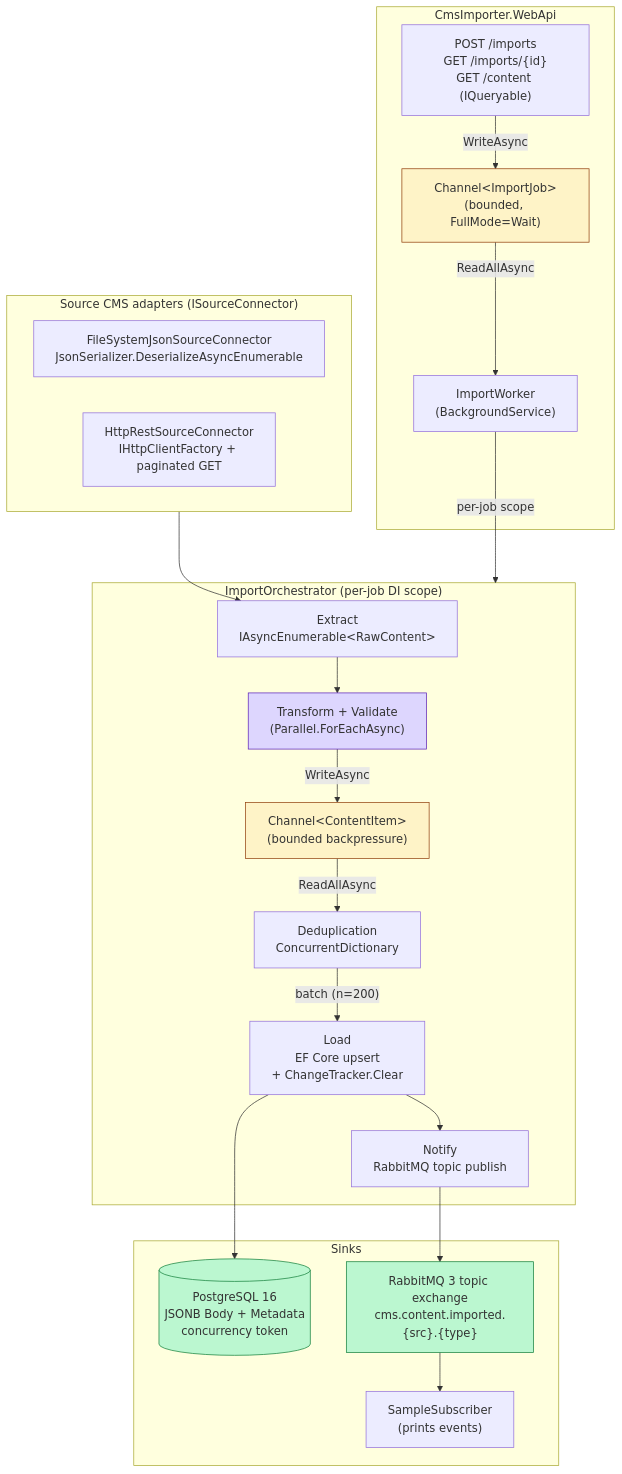
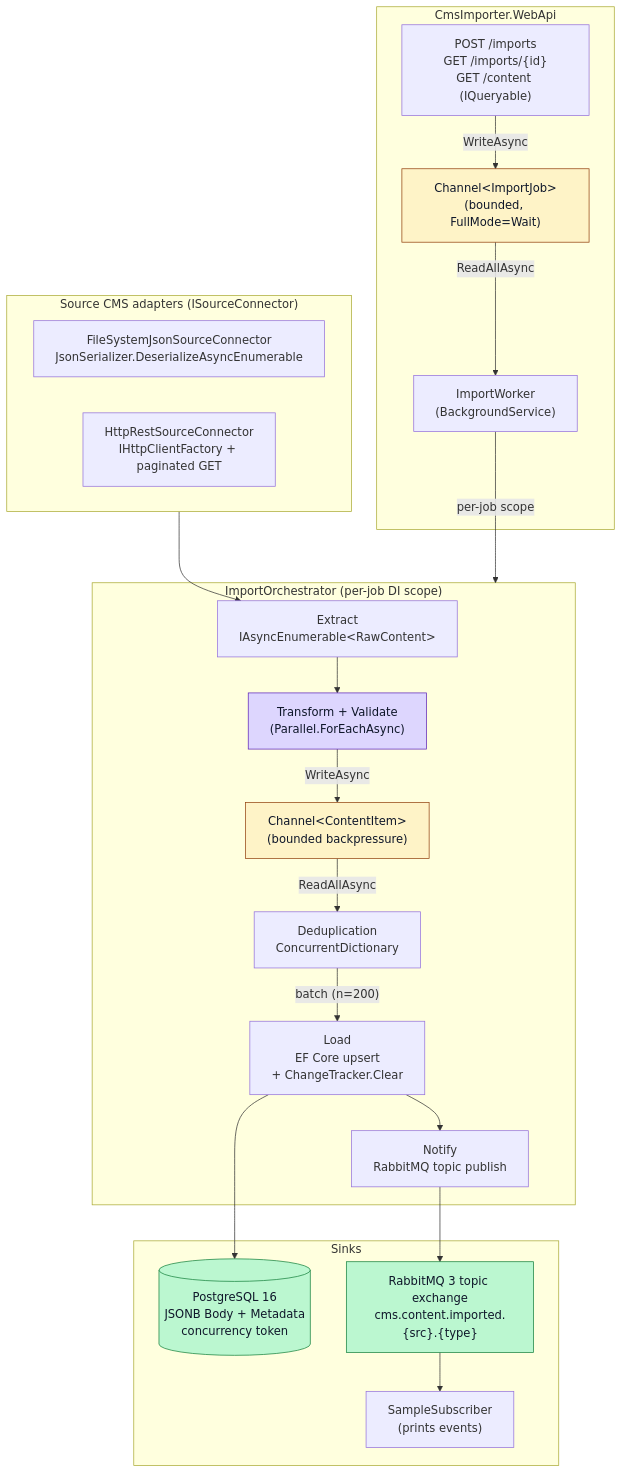
Before and after one commit to deli-nik/CmsImporter: the second of 2 diagrams in README.md, drawn with Mermaid. The commit also changed other lines of this file, not shown here.

````diff
--- a/README.md
+++ b/README.md
@@ -55,49 +55,49 @@
 ```mermaid
 flowchart TB
     subgraph SOURCES["Source CMS adapters (ISourceConnector)"]
         FS["FileSystemJsonSourceConnector<br/>JsonSerializer.DeserializeAsyncEnumerable"]
         HTTP["HttpRestSourceConnector<br/>IHttpClientFactory + paginated GET"]
     end
 
     subgraph WEBAPI["CmsImporter.WebApi"]
         API["POST /imports<br/>GET /imports/{id}<br/>GET /content (IQueryable)"]
         JOBS["Channel&lt;ImportJob&gt;<br/>(bounded, FullMode=Wait)"]
         WORKER["ImportWorker<br/>(BackgroundService)"]
         API -->|"WriteAsync"| JOBS
         JOBS -->|"ReadAllAsync"| WORKER
     end
 
     subgraph PIPELINE["ImportOrchestrator (per-job DI scope)"]
         EXTRACT["Extract<br/>IAsyncEnumerable&lt;RawContent&gt;"]
         TFV["Transform + Validate<br/>(Parallel.ForEachAsync)"]
         ITEM_CHAN["Channel&lt;ContentItem&gt;<br/>(bounded backpressure)"]
         DEDUP["Deduplication<br/>ConcurrentDictionary"]
         LOAD["Load<br/>EF Core upsert<br/>+ ChangeTracker.Clear"]
         NOTIFY["Notify<br/>RabbitMQ topic publish"]
 
         EXTRACT --> TFV
         TFV -->|"WriteAsync"| ITEM_CHAN
         ITEM_CHAN -->|"ReadAllAsync"| DEDUP
         DEDUP -->|"batch (n=200)"| LOAD
         LOAD --> NOTIFY
     end
 
     subgraph SINKS["Sinks"]
         PG[("PostgreSQL 16<br/>JSONB Body + Metadata<br/>concurrency token")]
         RMQ["RabbitMQ 3 topic exchange<br/>cms.content.imported.{src}.{type}"]
         SUB["SampleSubscriber<br/>(prints events)"]
     end
 
     SOURCES --> EXTRACT
     WORKER -->|"per-job scope"| PIPELINE
     LOAD --> PG
     NOTIFY --> RMQ
     RMQ --> SUB
 
-    classDef channel fill:#fef3c7,stroke:#92400e
-    classDef parallel fill:#ddd6fe,stroke:#5b21b6
-    classDef sink fill:#bbf7d0,stroke:#15803d
+    classDef channel fill:#fef3c7,stroke:#92400e,color:#0f172a
+    classDef parallel fill:#ddd6fe,stroke:#5b21b6,color:#0f172a
+    classDef sink fill:#bbf7d0,stroke:#15803d,color:#0f172a
     class JOBS,ITEM_CHAN channel
     class TFV parallel
     class PG,RMQ sink
 ```
````
